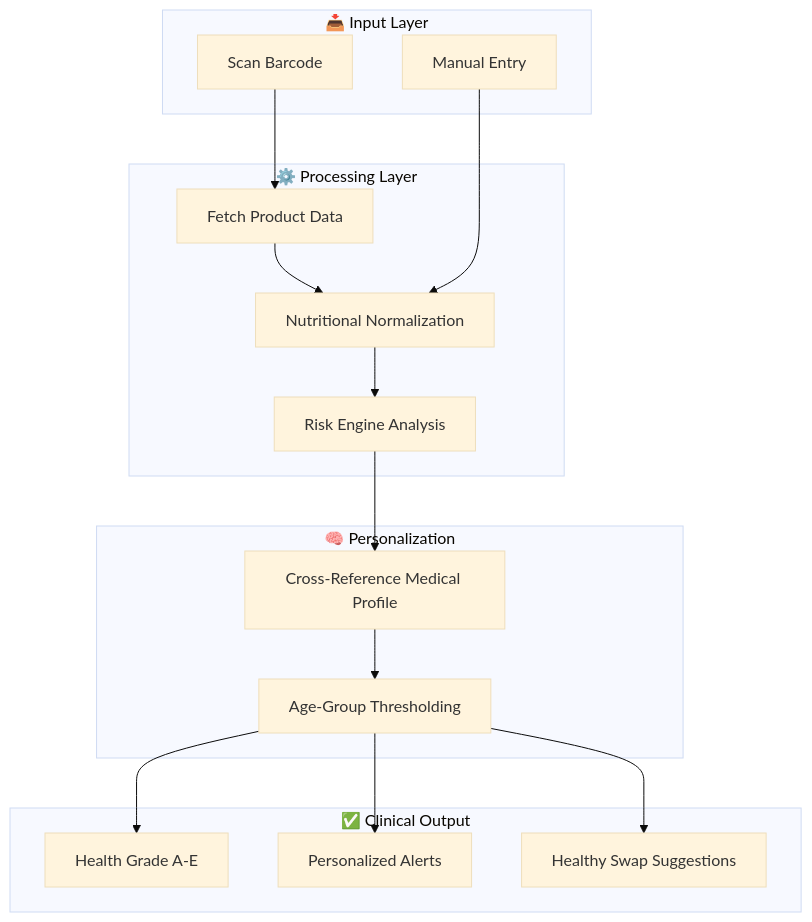
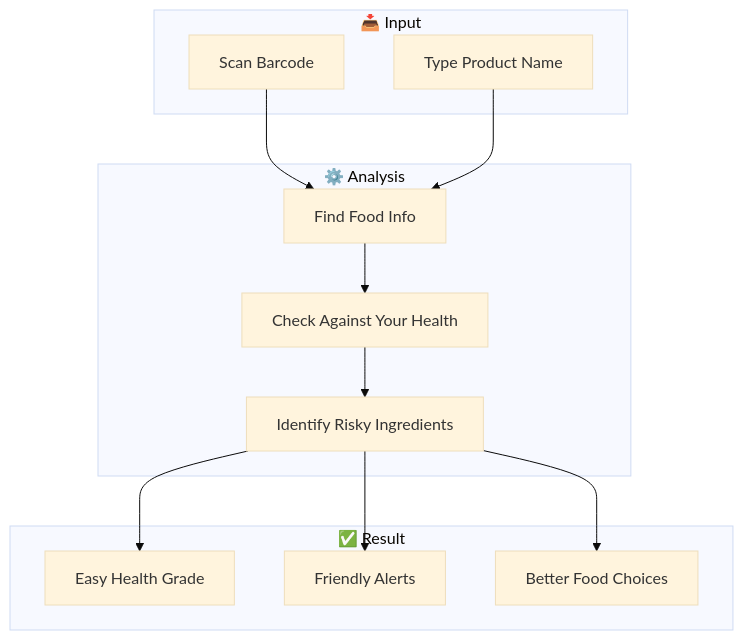
Before and after one commit to codinggita/nutriscan: the diagram in README.md, drawn with Mermaid (base theme). The commit also changed other lines of this file, not shown here.

````diff
--- a/README.md
+++ b/README.md
@@ -39,36 +57,27 @@
 ```mermaid
 graph TD
-    subgraph Input ["📥 Input Layer"]
-        A[Manual Entry]
-        B[Scan Barcode]
+    subgraph Step1 ["📥 Input"]
+        A[Scan Barcode]
+        B[Type Product Name]
     end
 
-    subgraph Processing ["⚙️ Processing Layer"]
-        C[Fetch Product Data]
-        D[Nutritional Normalization]
-        E[Risk Engine Analysis]
+    subgraph Step2 ["⚙️ Analysis"]
+        C[Find Food Info]
+        D[Check Against Your Health]
+        E[Identify Risky Ingredients]
+    end
+
+    subgraph Step3 ["✅ Result"]
+        F[Easy Health Grade]
+        G[Friendly Alerts]
+        H[Better Food Choices]
         
+        A --> C
         B --> C
         C --> D
-        A --> D
         D --> E
-    end
-
-    subgraph Intelligence ["🧠 Personalization"]
-        F[Cross-Reference Medical Profile]
-        G[Age-Group Thresholding]
-        
         E --> F
-        F --> G
-    end
-
-    subgraph Result ["✅ Clinical Output"]
-        H[Health Grade A-E]
-        I[Personalized Alerts]
-        J[Healthy Swap Suggestions]
-        
-        G --> H
-        G --> I
-        G --> J
+        E --> G
+        E --> H
     end
 ```
````
